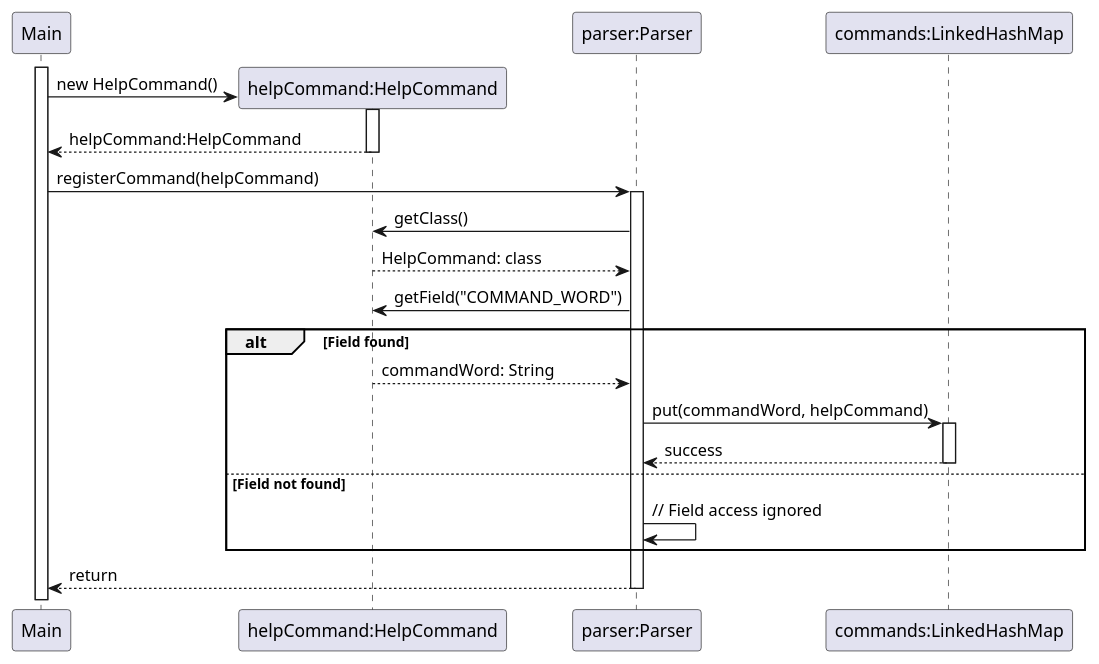
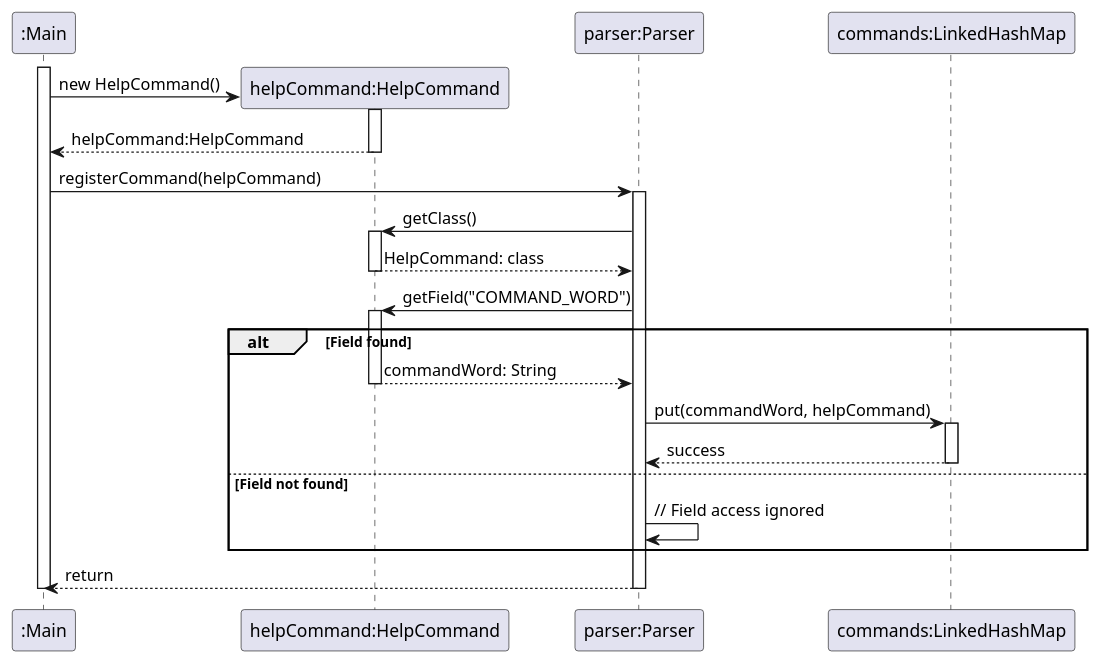
Before and after one commit to nus-cs2113-AY2425S1/tp: the first of 3 diagrams in docs/plantUMLCode/parser-class-diagram.puml, drawn with PlantUML. The commit also changed other lines of this file and 3 other files, not shown here.

Commit message:
Update diagram

```diff
--- a/docs/plantUMLCode/parser-class-diagram.puml
+++ b/docs/plantUMLCode/parser-class-diagram.puml
@@ -1,35 +1,40 @@
 @startuml
-participant "Main" as Main
+participant ":Main" as Main
 activate Main
-
 create "helpCommand:HelpCommand" as HelpCommand
 Main -> HelpCommand: new HelpCommand()
+
 activate HelpCommand
+
 HelpCommand --> Main: helpCommand:HelpCommand
 deactivate HelpCommand
-
 participant "parser:Parser" as Parser
 Main -> Parser: registerCommand(helpCommand)
 activate Parser
 
 participant "commands:LinkedHashMap" as CommandMap
 
 Parser -> HelpCommand: getClass()
+activate HelpCommand
 HelpCommand --> Parser: HelpCommand: class
+deactivate HelpCommand
 
 Parser -> HelpCommand: getField("COMMAND_WORD")
+activate HelpCommand
 alt Field found
     HelpCommand --> Parser: commandWord: String
+    deactivate HelpCommand
     Parser -> CommandMap: put(commandWord, helpCommand)
     activate CommandMap
 
     CommandMap --> Parser: success
 
     deactivate CommandMap
 else Field not found
     Parser -> Parser: // Field access ignored
 end
 
 Parser --> Main: return
 deactivate Parser
+deactivate Main
 @enduml
```
